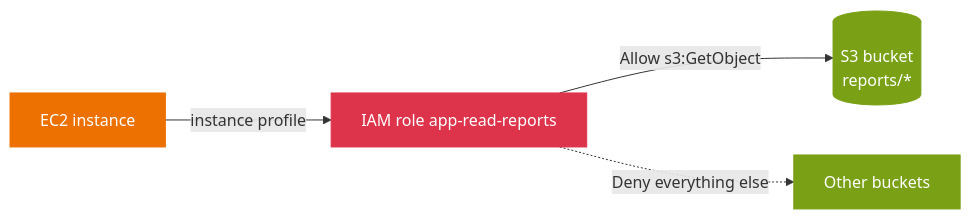
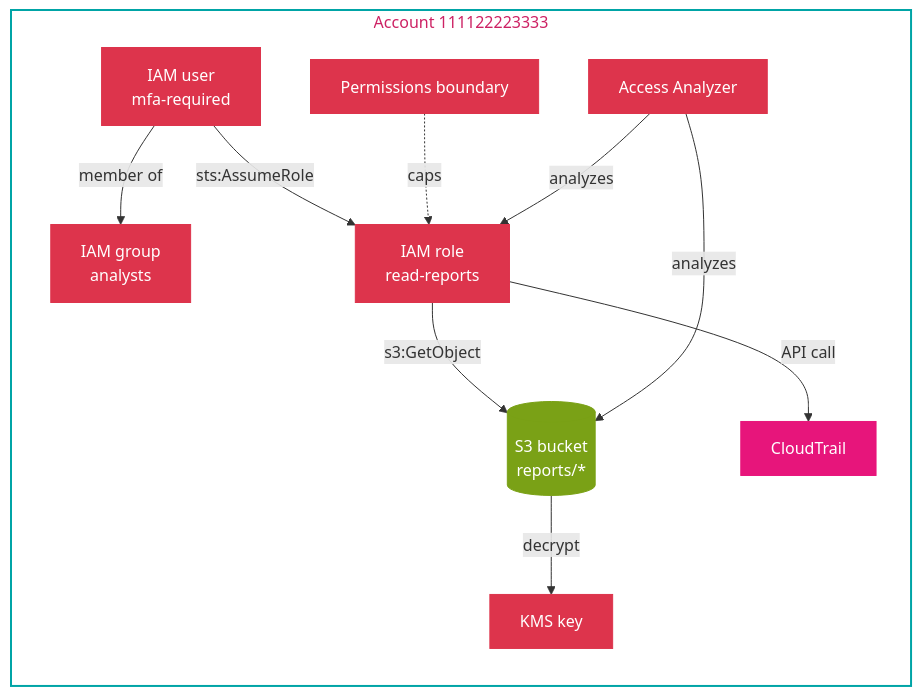
Before and after one commit to GabrielAlmeidaFlores/AWS-CloudOps-Engineer-Associate-Doc: the first of 2 diagrams in 02-services/13-security-identity-compliance/01-iam/09-hands-on-project.md, drawn with Mermaid. The commit also changed other lines of this file and 3 other files, not shown here.

````diff
--- a/02-services/13-security-identity-compliance/01-iam/09-hands-on-project.md
+++ b/02-services/13-security-identity-compliance/01-iam/09-hands-on-project.md
@@ -13,13 +13,25 @@
 ```mermaid
 flowchart LR
-    EC2["EC2 instance"] -->|"instance profile"| ROLE["IAM role app-read-reports"]
-    ROLE -->|"Allow s3:GetObject"| S3[("S3 bucket<br/>reports/*")]
-    ROLE -.->|"Deny everything else"| OTHER["Other buckets"]
-    classDef compute fill:#ED7100,stroke:#ED7100,color:#ffffff
+    subgraph ACCT["Account 111122223333"]
+      USER["IAM user<br/>mfa-required"]:::security
+      GROUP["IAM group<br/>analysts"]:::security
+      ROLE["IAM role<br/>read-reports"]:::security
+      BND["Permissions boundary"]:::security
+      S3[("S3 bucket<br/>reports/*")]:::storage
+      KMS["KMS key"]:::security
+      CT["CloudTrail"]:::mgmt
+      AA["Access Analyzer"]:::security
+    end
+    USER -->|"member of"| GROUP
+    USER -->|"sts:AssumeRole"| ROLE
+    ROLE -->|"s3:GetObject"| S3
+    S3 -->|"decrypt"| KMS
+    BND -.->|"caps"| ROLE
+    ROLE -->|"API call"| CT
+    AA -->|"analyzes"| S3
+    AA -->|"analyzes"| ROLE
+    classDef security fill:#DD344C,stroke:#DD344C,color:#ffffff
     classDef storage fill:#7AA116,stroke:#7AA116,color:#ffffff
-    classDef security fill:#DD344C,stroke:#DD344C,color:#ffffff
-    class EC2 compute
-    class S3 storage
-    class ROLE security
-    class OTHER storage
+    classDef mgmt fill:#E7157B,stroke:#E7157B,color:#ffffff
+    style ACCT fill:#ffffff,stroke:#00A4A6,stroke-width:2px,color:#CD2264
 ```
````
